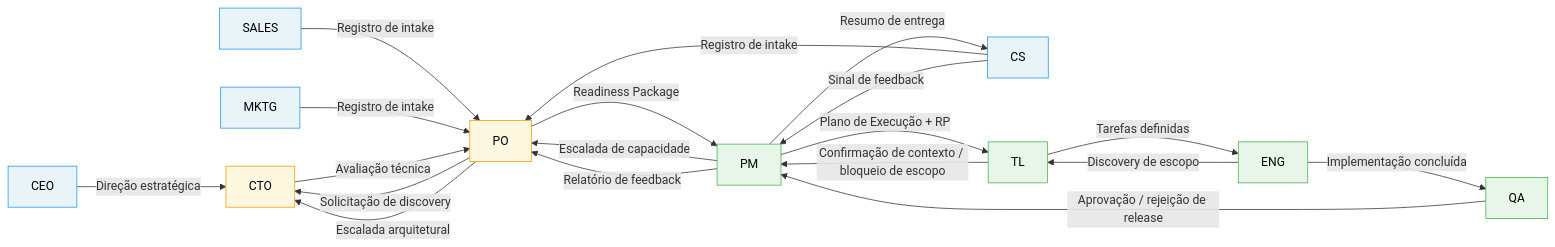
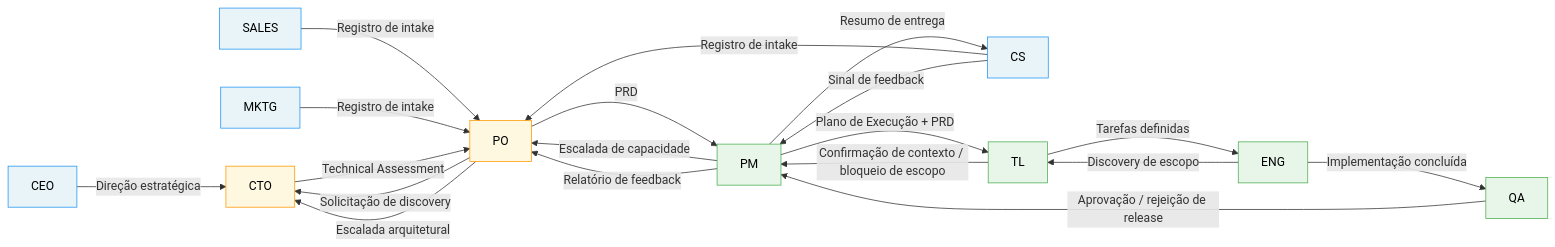
Before and after one commit to hugo-hsbtech/teamwork-process: the diagram in interactions/README.md, drawn with Mermaid. The commit also changed other lines of this file and 10 other files, not shown here.

````diff
--- a/interactions/README.md
+++ b/interactions/README.md
@@ -7,38 +7,38 @@
 ```mermaid
 flowchart LR
     CEO -->|Direção estratégica| CTO
     SALES -->|Registro de intake| PO
     MKTG -->|Registro de intake| PO
     CS -->|Registro de intake| PO
     CS -->|Sinal de feedback| PM
 
     PO -->|Solicitação de discovery| CTO
     PO -->|Escalada arquitetural| CTO
-    CTO -->|Avaliação técnica| PO
+    CTO -->|Technical Assessment| PO
 
-    PO -->|Readiness Package| PM
+    PO -->|PRD| PM
     PM -->|Escalada de capacidade| PO
 
-    PM -->|Plano de Execução + RP| TL
+    PM -->|Plano de Execução + PRD| TL
     TL -->|Confirmação de contexto / bloqueio de escopo| PM
 
     TL -->|Tarefas definidas| ENG
     ENG -->|Discovery de escopo| TL
 
     ENG -->|Implementação concluída| QA
     QA -->|Aprovação / rejeição de release| PM
 
     PM -->|Resumo de entrega| CS
     PM -->|Relatório de feedback| PO
 
     style CEO fill:#e8f4f8,stroke:#2196F3,color:#000
     style SALES fill:#e8f4f8,stroke:#2196F3,color:#000
     style MKTG fill:#e8f4f8,stroke:#2196F3,color:#000
     style CS fill:#e8f4f8,stroke:#2196F3,color:#000
     style PO fill:#fff8e1,stroke:#FF9800,color:#000
     style CTO fill:#fff8e1,stroke:#FF9800,color:#000
     style PM fill:#e8f5e9,stroke:#4CAF50,color:#000
     style TL fill:#e8f5e9,stroke:#4CAF50,color:#000
     style ENG fill:#e8f5e9,stroke:#4CAF50,color:#000
     style QA fill:#e8f5e9,stroke:#4CAF50,color:#000
 ```
````
